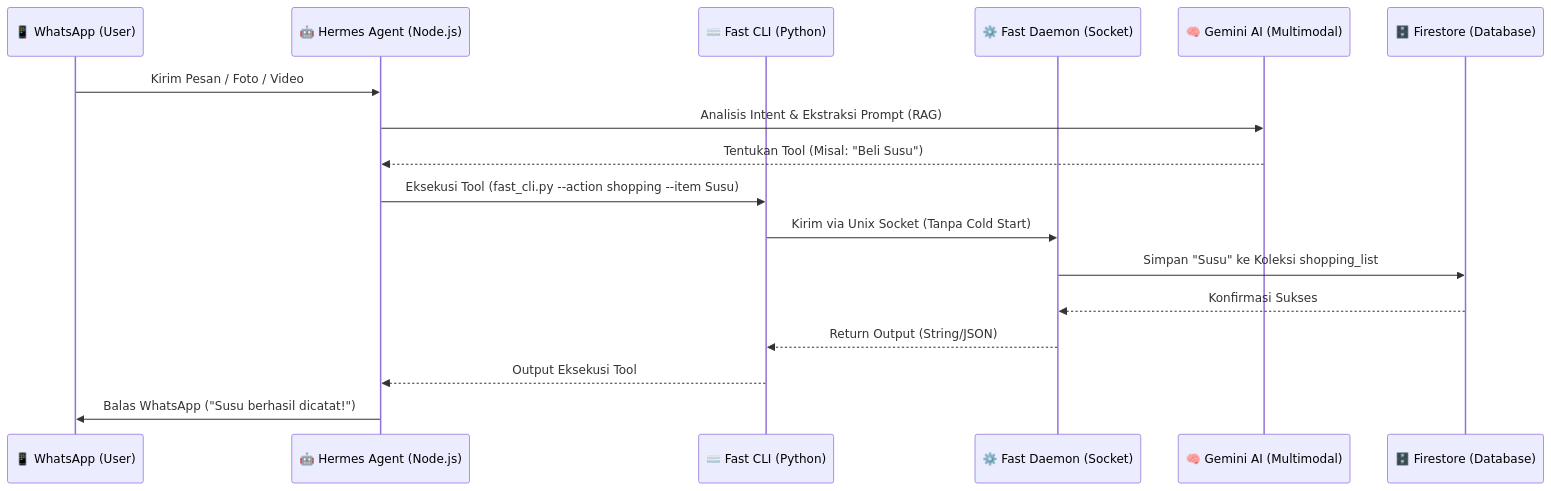
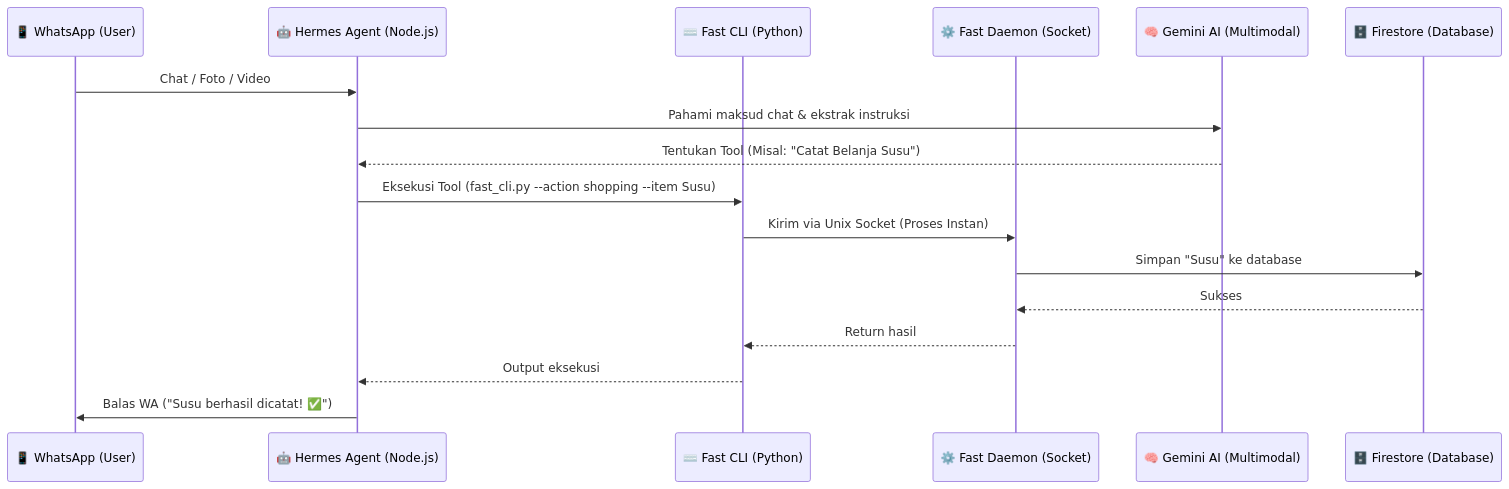
Before and after one commit to cantikapf/home-agent-template: the diagram in README.md, drawn with Mermaid. The commit also changed other lines of this file, not shown here.

````diff
--- a/README.md
+++ b/README.md
@@ -21,20 +21,20 @@
 ```mermaid
 sequenceDiagram
     participant User as 📱 WhatsApp (User)
     participant Hermes as 🤖 Hermes Agent (Node.js)
     participant CLI as ⌨️ Fast CLI (Python)
     participant Daemon as ⚙️ Fast Daemon (Socket)
     participant Gemini as 🧠 Gemini AI (Multimodal)
     participant Firebase as 🗄️ Firestore (Database)
 
-    User->>Hermes: Kirim Pesan / Foto / Video
-    Hermes->>Gemini: Analisis Intent & Ekstraksi Prompt (RAG)
-    Gemini-->>Hermes: Tentukan Tool (Misal: "Beli Susu")
+    User->>Hermes: Chat / Foto / Video
+    Hermes->>Gemini: Pahami maksud chat & ekstrak instruksi
+    Gemini-->>Hermes: Tentukan Tool (Misal: "Catat Belanja Susu")
     Hermes->>CLI: Eksekusi Tool (fast_cli.py --action shopping --item Susu)
-    CLI->>Daemon: Kirim via Unix Socket (Tanpa Cold Start)
-    Daemon->>Firebase: Simpan "Susu" ke Koleksi shopping_list
-    Firebase-->>Daemon: Konfirmasi Sukses
-    Daemon-->>CLI: Return Output (String/JSON)
-    CLI-->>Hermes: Output Eksekusi Tool
-    Hermes->>User: Balas WhatsApp ("Susu berhasil dicatat!")
+    CLI->>Daemon: Kirim via Unix Socket (Proses Instan)
+    Daemon->>Firebase: Simpan "Susu" ke database
+    Firebase-->>Daemon: Sukses
+    Daemon-->>CLI: Return hasil
+    CLI-->>Hermes: Output eksekusi
+    Hermes->>User: Balas WA ("Susu berhasil dicatat! ✅")
 ```
````
